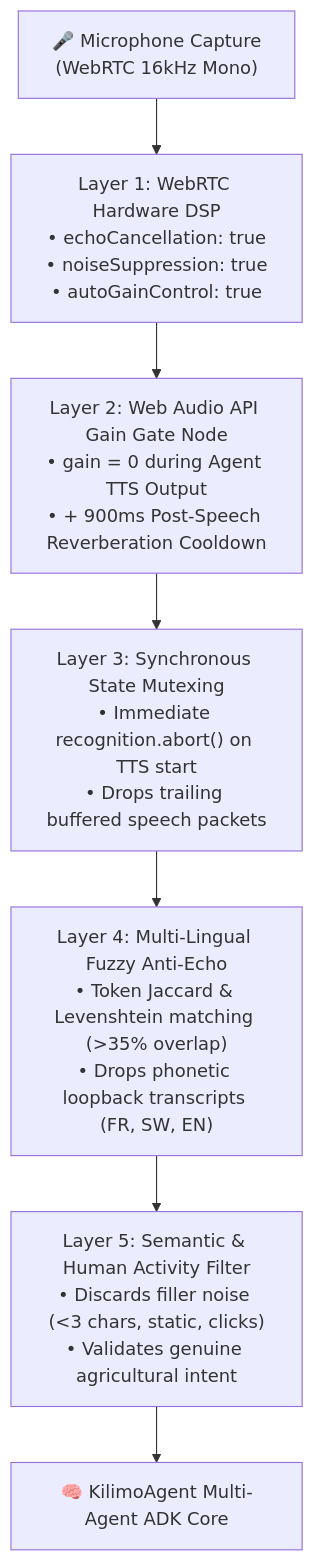
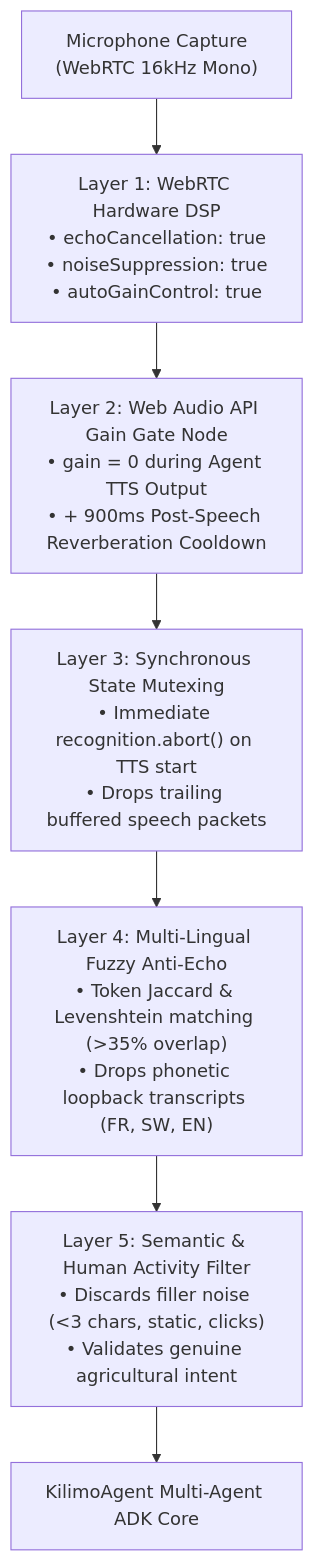
Before and after one commit to glosings0n/kilimo-agent: the third of 3 diagrams in README.md, drawn with Mermaid. The commit also changed other lines of this file, not shown here.

````diff
--- a/README.md
+++ b/README.md
@@ -162,9 +162,9 @@
 ```mermaid
 flowchart TD
-    MIC["🎤 Microphone Capture\n(WebRTC 16kHz Mono)"] --> L1["Layer 1: WebRTC Hardware DSP\n• echoCancellation: true\n• noiseSuppression: true\n• autoGainControl: true"]
+    MIC["Microphone Capture\n(WebRTC 16kHz Mono)"] --> L1["Layer 1: WebRTC Hardware DSP\n• echoCancellation: true\n• noiseSuppression: true\n• autoGainControl: true"]
     L1 --> L2["Layer 2: Web Audio API Gain Gate Node\n• gain = 0 during Agent TTS Output\n• + 900ms Post-Speech Reverberation Cooldown"]
     L2 --> L3["Layer 3: Synchronous State Mutexing\n• Immediate recognition.abort() on TTS start\n• Drops trailing buffered speech packets"]
     L3 --> L4["Layer 4: Multi-Lingual Fuzzy Anti-Echo\n• Token Jaccard & Levenshtein matching (>35% overlap)\n• Drops phonetic loopback transcripts (FR, SW, EN)"]
     L4 --> L5["Layer 5: Semantic & Human Activity Filter\n• Discards filler noise (<3 chars, static, clicks)\n• Validates genuine agricultural intent"]
-    L5 --> CORE["🧠 KilimoAgent Multi-Agent ADK Core"]
+    L5 --> CORE["KilimoAgent Multi-Agent ADK Core"]
 ```
````
